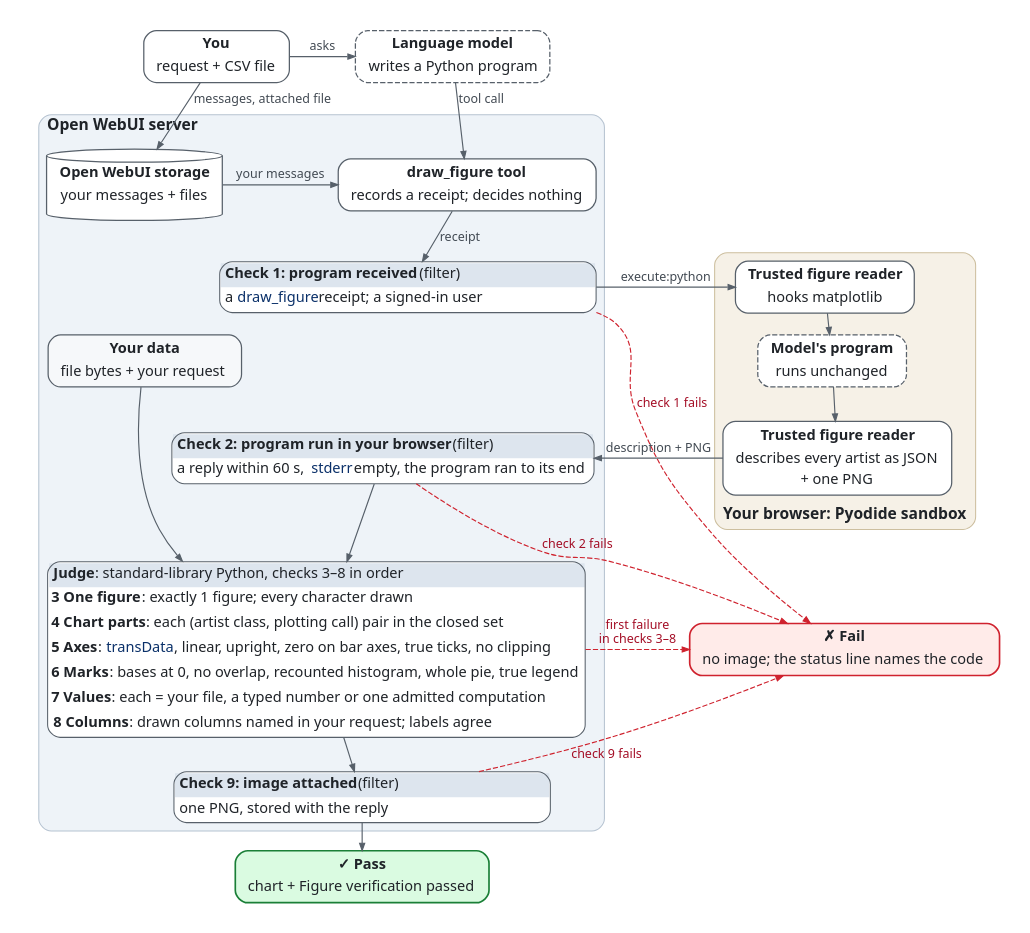
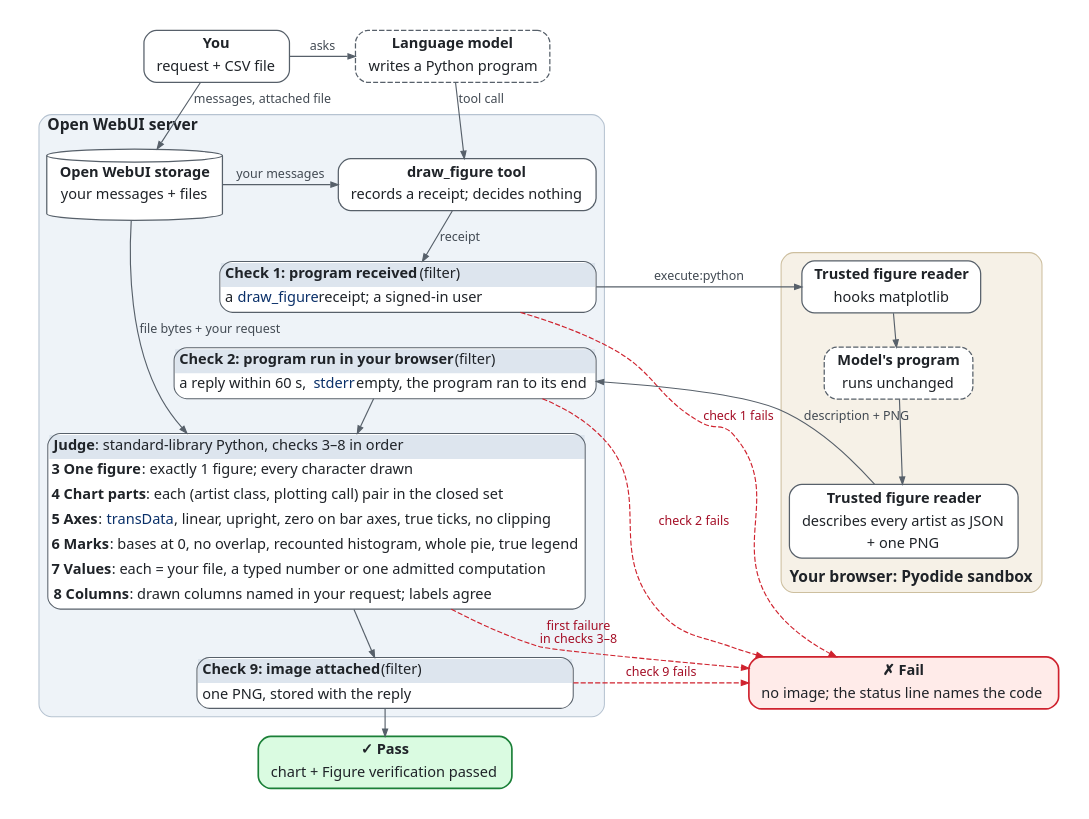
The diagram in docs/diagrams/verifier.dot (eturkes/figure-verification), drawn with Graphviz before and after one commit. The commit also changed 5 other files, not shown here.

```diff
--- a/docs/diagrams/verifier.dot
+++ b/docs/diagrams/verifier.dot
@@ -1,76 +1,75 @@
 // SPDX-License-Identifier: Apache-2.0 WITH LLVM-exception
 // How the figure verifier decides: the pipeline, one summary card per check. Rendered to
 // verifier.svg by tools/render_diagrams.py; every rule = the tables of docs/checks.md.
 digraph verifier {
   graph [fontname="Noto Sans", fontsize=15, fontcolor="#1f2328", bgcolor="white",
          pad=0.3, nodesep=0.35, ranksep=0.28, newrank=true, compound=true];
   node [fontname="Noto Sans", fontsize=14, fontcolor="#1f2328", shape=box,
         style="rounded,filled", fillcolor="white", color="#57606a", penwidth=1.2,
         margin="0.15,0.06"];
   edge [fontname="Noto Sans", fontsize=12, fontcolor="#424a53", color="#57606a",
         arrowsize=0.7, penwidth=1.1];
 
   you [label=<<table border="0" cellborder="0" cellspacing="0" cellpadding="1"><tr><td height="21"><b>You</b></td></tr><tr><td height="21">request + CSV file</td></tr></table>>];
   model [label=<<table border="0" cellborder="0" cellspacing="0" cellpadding="1"><tr><td height="21"><b>Language model</b></td></tr><tr><td height="21">writes a Python program</td></tr></table>>, style="rounded,dashed"];
 
   subgraph cluster_server {
     label=<<b>Open WebUI server</b>>; labeljust=l; style="rounded,filled";
     fillcolor="#eef3f8"; color="#b6c3d1";
     storage [label=<<table border="0" cellborder="0" cellspacing="0" cellpadding="1"><tr><td height="21"><b>Open WebUI storage</b></td></tr><tr><td height="21">your messages + files</td></tr></table>>, shape=cylinder, style=filled];
     tool [label=<<table border="0" cellborder="0" cellspacing="0" cellpadding="1"><tr><td height="21"><b>draw_figure tool</b></td></tr><tr><td height="21">records a receipt; decides nothing</td></tr></table>>];
     c1 [shape=plain, label=<<table border="1" cellborder="0" cellspacing="0" cellpadding="2" style="rounded" color="#57606a" bgcolor="white">
         <tr><td align="left" bgcolor="#dde5ee" cellpadding="4"><b>Check 1: program received</b> (filter)</td></tr>
         <tr><td align="left" width="360" height="24" cellpadding="4">a <font color="#0a3069">draw_figure</font> receipt; a signed-in user</td></tr></table>>];
     c2 [shape=plain, label=<<table border="1" cellborder="0" cellspacing="0" cellpadding="2" style="rounded" color="#57606a" bgcolor="white">
         <tr><td align="left" bgcolor="#dde5ee" cellpadding="4"><b>Check 2: program run in your browser</b> (filter)</td></tr>
         <tr><td align="left" width="360" height="24" cellpadding="4">a reply within 60 s, <font color="#0a3069">stderr</font> empty, the program ran to its end</td></tr></table>>];
 
     judge [shape=plain, label=<<table border="1" cellborder="0" cellspacing="0" cellpadding="2" style="rounded" color="#57606a" bgcolor="white">
         <tr><td align="left" bgcolor="#dde5ee" cellpadding="4"><b>Judge</b>: standard-library Python, checks 3–8 in order</td></tr>
         <tr><td align="left" height="24"><b>3 One figure</b>: exactly 1 figure; every character drawn</td></tr>
         <tr><td align="left" height="24"><b>4 Chart parts</b>: each (artist class, plotting call) pair in the closed set</td></tr>
         <tr><td align="left" height="24"><b>5 Axes</b>: <font color="#0a3069">transData</font>, linear, upright, zero on bar axes, true ticks, no clipping</td></tr>
         <tr><td align="left" height="24"><b>6 Marks</b>: bases at 0, no overlap, recounted histogram, whole pie, true legend</td></tr>
         <tr><td align="left" height="24"><b>7 Values</b>: each = your file, a typed number or one admitted computation</td></tr>
         <tr><td align="left" height="24" cellpadding="4"><b>8 Columns</b>: drawn columns named in your request; labels agree</td></tr></table>>];
 
-    data [label=<<table border="0" cellborder="0" cellspacing="0" cellpadding="1"><tr><td height="21"><b>Your data</b></td></tr><tr><td height="21">file bytes + your request</td></tr></table>>, fillcolor="#f6f8fa"];
     c9 [shape=plain, label=<<table border="1" cellborder="0" cellspacing="0" cellpadding="2" style="rounded" color="#57606a" bgcolor="white">
         <tr><td align="left" bgcolor="#dde5ee" cellpadding="4"><b>Check 9: image attached</b> (filter)</td></tr>
         <tr><td align="left" width="360" height="24" cellpadding="4">one PNG, stored with the reply</td></tr></table>>];
   }
 
   subgraph cluster_browser {
     label=<<b>Your browser: Pyodide sandbox</b>>; labeljust=l; labelloc=b; style="rounded,filled";
     fillcolor="#f6f1e7"; color="#cdbf9f";
     hook [label=<<table border="0" cellborder="0" cellspacing="0" cellpadding="1"><tr><td height="21"><b>Trusted figure reader</b></td></tr><tr><td height="21">hooks matplotlib</td></tr></table>>];
     program [label=<<table border="0" cellborder="0" cellspacing="0" cellpadding="1"><tr><td height="21"><b>Model's program</b></td></tr><tr><td height="21">runs unchanged</td></tr></table>>, style="rounded,dashed,filled"];
     describe [label=<<table border="0" cellborder="0" cellspacing="0" cellpadding="1"><tr><td height="21"><b>Trusted figure reader</b></td></tr><tr><td height="21">describes every artist as JSON</td></tr><tr><td height="21">+ one PNG</td></tr></table>>];
   }
 
   pass [label=<<table border="0" cellborder="0" cellspacing="0" cellpadding="1"><tr><td height="21"><b>✓ Pass</b></td></tr><tr><td height="21">chart + Figure verification passed</td></tr></table>>, color="#1a7f37", fillcolor="#dafbe1", penwidth=1.6];
   fail [label=<<table border="0" cellborder="0" cellspacing="0" cellpadding="1"><tr><td height="21"><b>✗ Fail</b></td></tr><tr><td height="21">no image; the status line names the code</td></tr></table>>, color="#cf222e", fillcolor="#ffebe9", penwidth=1.6];
 
   { rank=same; you; model; }
   { rank=same; storage; tool; }
   { rank=same; c1; hook; }
-  { rank=same; c2; describe; }
-  { rank=same; data; program; }
-  { rank=same; judge; fail; }
+  { rank=same; c9; fail; }
 
   you -> model [label="asks"];
   you -> storage [label="messages, attached file"];
   model -> tool [label="tool call"];
   storage -> tool [label="your messages"];
   tool -> c1 [label="receipt"];
   c1 -> hook [label="execute:python"];
   hook -> program -> describe;
-  describe -> c2 [label="description + PNG"];
+  describe -> c2 [label="description + PNG", constraint=false];
+  c1 -> c2 [style=invis];
+  describe -> fail [style=invis, weight=8];
   c2 -> judge -> c9 -> pass;
-  data -> judge;
+  storage -> judge [label="file bytes + your request"];
   edge [color="#cf222e", fontcolor="#a40e26", style=dashed];
   c1 -> fail [label="check 1 fails"];
   c2 -> fail [label="check 2 fails"];
   judge -> fail [label="first failure\nin checks 3–8"];
   c9 -> fail [label="check 9 fails"];
 }
```
